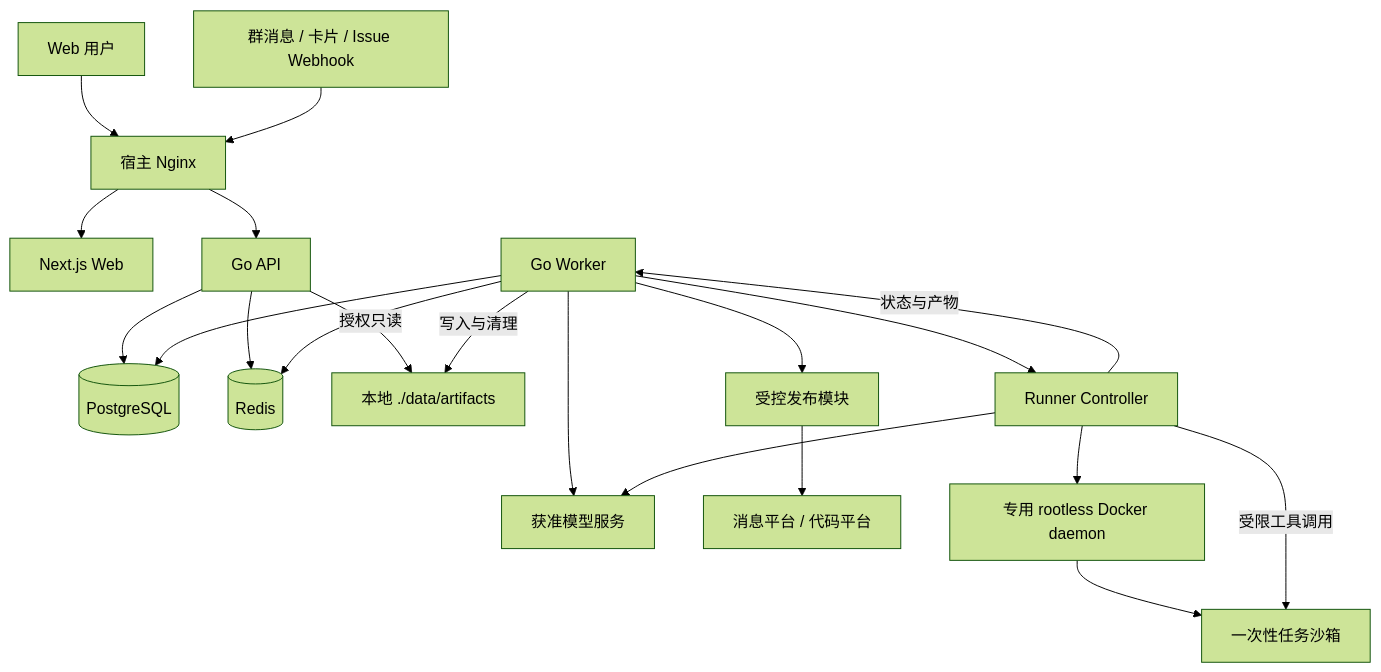
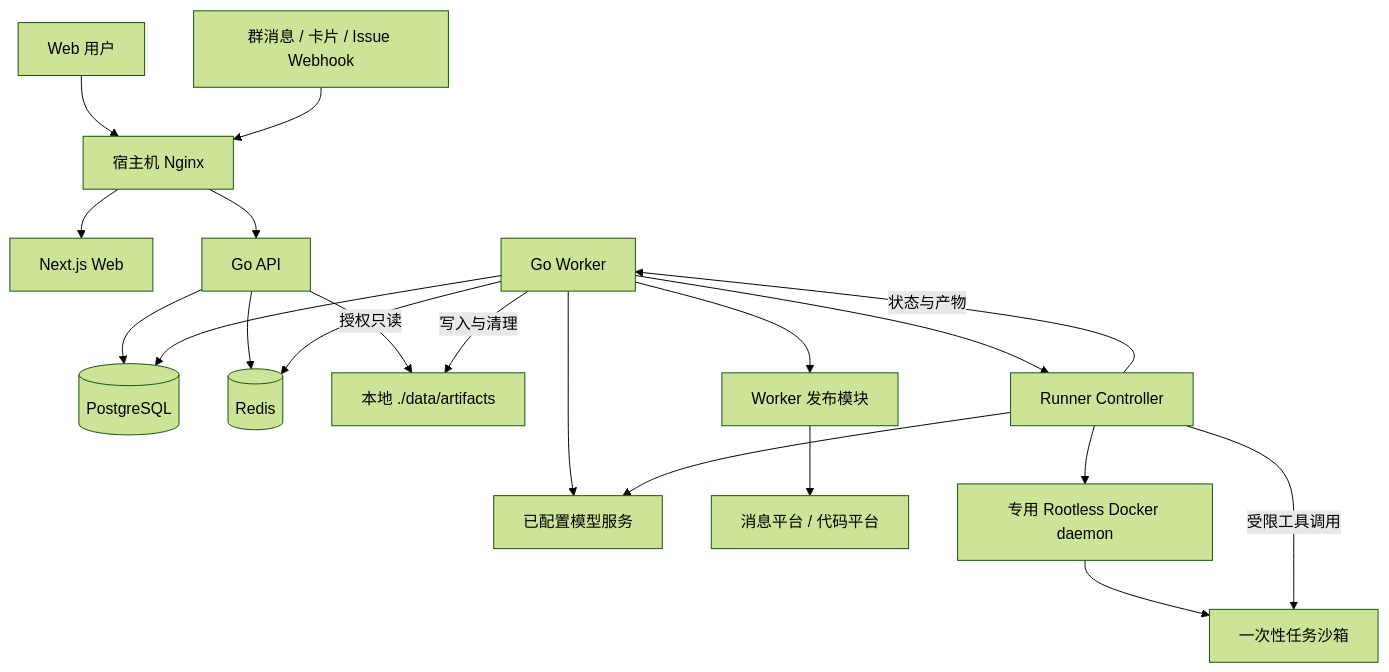
One commit to kiraYuukiAsuna/AgentOwl changed the first of 3 diagrams in docs/technical-design.md. Above: the diagram before and after it, drawn with Mermaid (forest theme). The commit also changed other lines of this file and 34 other files, not shown here.

````diff
--- a/docs/technical-design.md
+++ b/docs/technical-design.md
@@ -36,22 +36,22 @@
 ```mermaid
 flowchart TB
-    U[Web 用户] --> N[宿主 Nginx]
+    U[Web 用户] --> N[宿主机 Nginx]
     L[群消息 / 卡片 / Issue Webhook] --> N
     N --> F[Next.js Web]
     N --> A[Go API]
     A --> D[(PostgreSQL)]
     W[Go Worker] --> D
     A --> R[(Redis)]
     W --> R
     A -->|授权只读| O[本地 ./data/artifacts]
     W -->|写入与清理| O
-    W --> M[获准模型服务]
-    W --> P[受控发布模块]
+    W --> M[已配置模型服务]
+    W --> P[Worker 发布模块]
     P --> X[消息平台 / 代码平台]
     W --> C[Runner Controller]
-    C --> E[专用 rootless Docker daemon]
+    C --> E[专用 Rootless Docker daemon]
     E --> S[一次性任务沙箱]
     C --> M
     C -->|受限工具调用| S
     C -->|状态与产物| W
 ```
````
